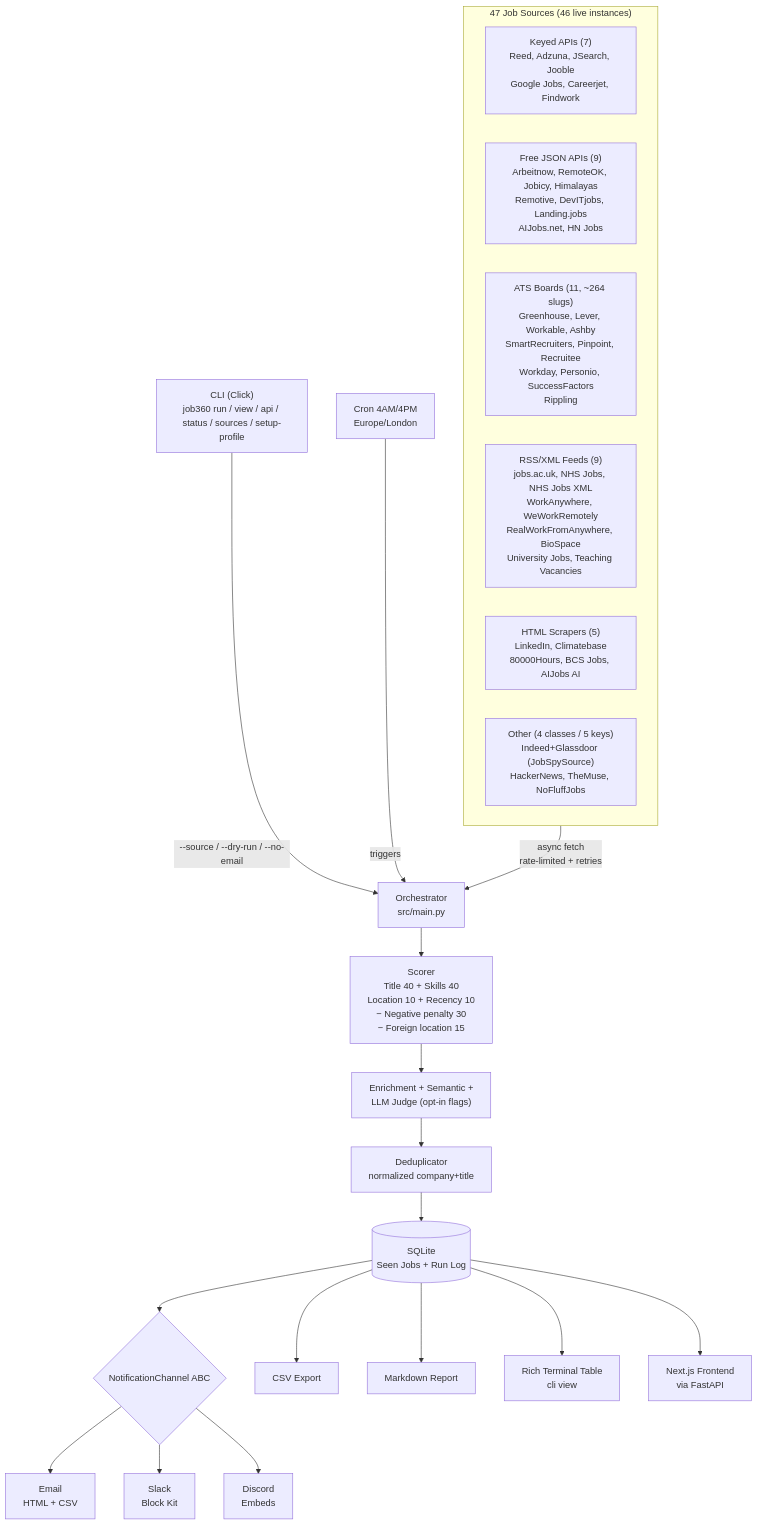
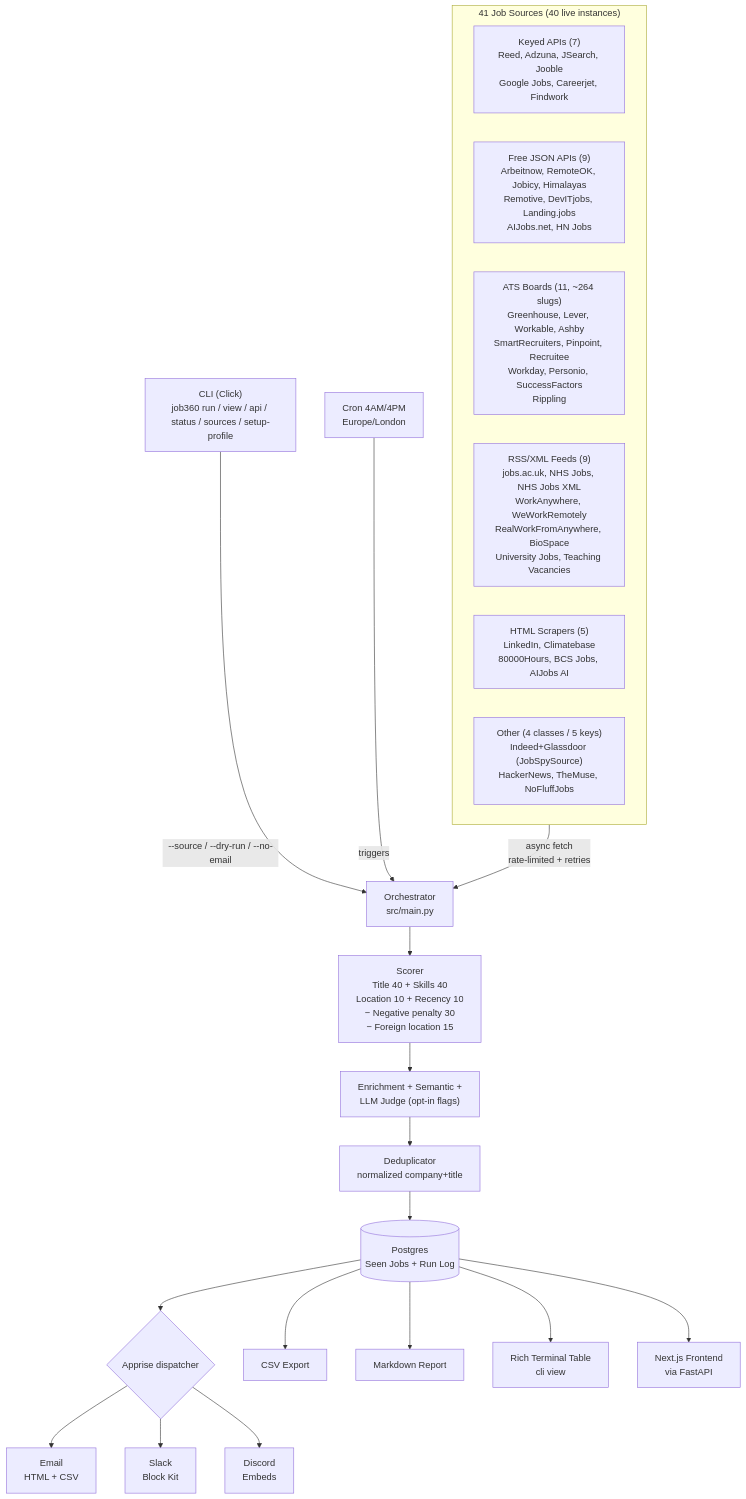
One commit to Ranjith36963/job360 changed the diagram in README.md. Above: the diagram before and after it, drawn with Mermaid. The commit also changed other lines of this file and 5 other files, not shown here.

````diff
--- a/README.md
+++ b/README.md
@@ -16,33 +16,33 @@
 ```mermaid
 flowchart TD
     CLI["CLI (Click)\njob360 run / view / api / status / sources / setup-profile"]
     Cron["Cron 4AM/4PM\nEurope/London"]
 
-    subgraph Sources["47 Job Sources (46 live instances)"]
+    subgraph Sources["41 Job Sources (40 live instances)"]
         direction LR
         KeyedAPIs["Keyed APIs (7)\nReed, Adzuna, JSearch, Jooble\nGoogle Jobs, Careerjet, Findwork"]
         FreeJSON["Free JSON APIs (9)\nArbeitnow, RemoteOK, Jobicy, Himalayas\nRemotive, DevITjobs, Landing.jobs\nAIJobs.net, HN Jobs"]
         ATSBoards["ATS Boards (11, ~264 slugs)\nGreenhouse, Lever, Workable, Ashby\nSmartRecruiters, Pinpoint, Recruitee\nWorkday, Personio, SuccessFactors\nRippling"]
         RSSFeeds["RSS/XML Feeds (9)\njobs.ac.uk, NHS Jobs, NHS Jobs XML\nWorkAnywhere, WeWorkRemotely\nRealWorkFromAnywhere, BioSpace\nUniversity Jobs, Teaching Vacancies"]
         HTMLScrapers["HTML Scrapers (5)\nLinkedIn, Climatebase\n80000Hours, BCS Jobs, AIJobs AI"]
         OtherSources["Other (4 classes / 5 keys)\nIndeed+Glassdoor (JobSpySource)\nHackerNews, TheMuse, NoFluffJobs"]
     end
 
     CLI -->|"--source / --dry-run / --no-email"| Orchestrator["Orchestrator\nsrc/main.py"]
     Cron -->|triggers| Orchestrator
     Sources -->|async fetch\nrate-limited + retries| Orchestrator
     Orchestrator --> Scorer["Scorer\nTitle 40 + Skills 40\nLocation 10 + Recency 10\n− Negative penalty 30\n− Foreign location 15"]
     Scorer --> OptEngines["Enrichment + Semantic +\nLLM Judge (opt-in flags)"]
     OptEngines --> Dedup[Deduplicator\nnormalized company+title]
-    Dedup --> DB[(SQLite\nSeen Jobs + Run Log)]
+    Dedup --> DB[(Postgres\nSeen Jobs + Run Log)]
 
-    DB --> Channels{NotificationChannel ABC}
+    DB --> Channels{Apprise dispatcher}
     Channels --> Email[Email\nHTML + CSV]
     Channels --> Slack[Slack\nBlock Kit]
     Channels --> Discord[Discord\nEmbeds]
 
     DB --> CSV[CSV Export]
     DB --> Report[Markdown Report]
     DB --> RichTable[Rich Terminal Table\ncli view]
     DB --> NextJS[Next.js Frontend\nvia FastAPI]
 ```
````
